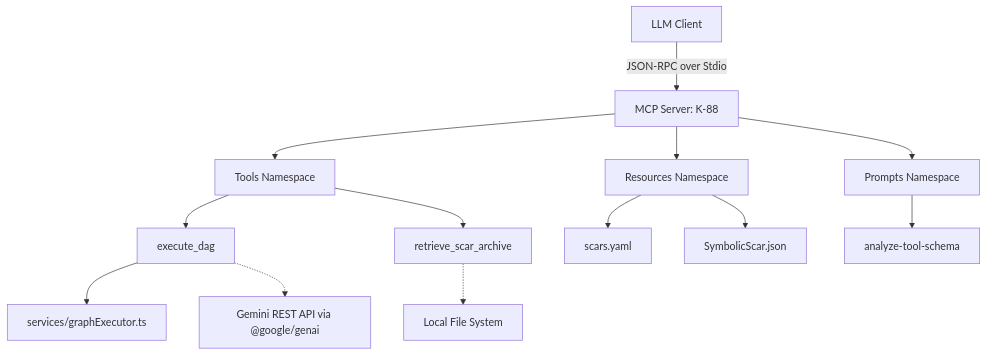
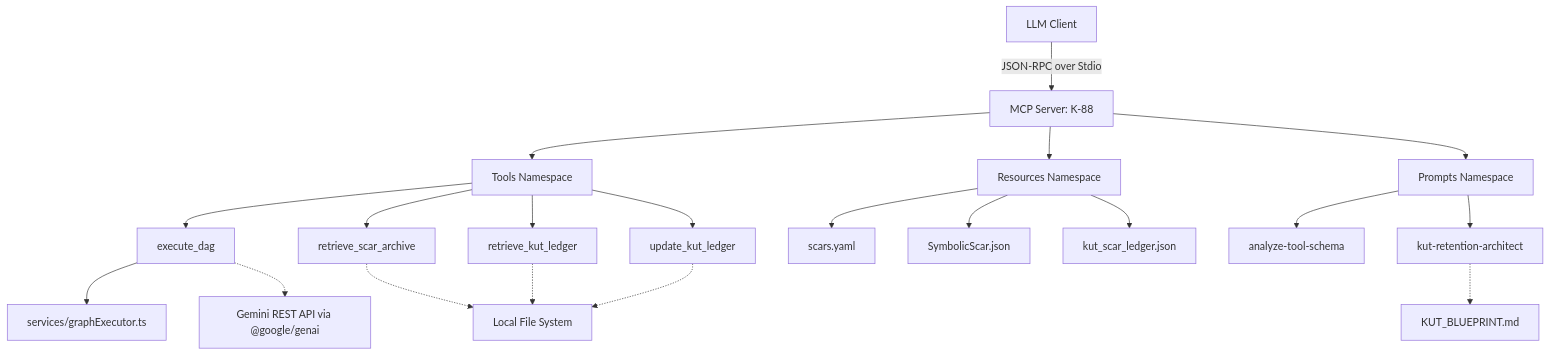
The diagram in architecture.md (projectedanx/AAL), drawn with Mermaid before and after one commit. The commit also changed other lines of this file and 9 other files, not shown here.

Commit message:
feat(kut): integrate the retention architect (KUT) agent blueprint and scar ledger

````diff
--- a/architecture.md
+++ b/architecture.md
@@ -26,19 +28,26 @@
 ```mermaid
 graph TD;
     Client[LLM Client] -->|JSON-RPC over Stdio| Server[MCP Server: K-88];
     Server --> Tools[Tools Namespace];
     Tools --> Tool1[execute_dag];
     Tools --> Tool2[retrieve_scar_archive];
+    Tools --> Tool3[retrieve_kut_ledger];
+    Tools --> Tool4[update_kut_ledger];
 
     Server --> Resources[Resources Namespace];
     Resources --> Res1[scars.yaml];
     Resources --> Res2[SymbolicScar.json];
+    Resources --> Res3[kut_scar_ledger.json];
 
     Server --> Prompts[Prompts Namespace];
     Prompts --> Prm1[analyze-tool-schema];
+    Prompts --> Prm2[kut-retention-architect];
 
     Tool1 --> Executor[services/graphExecutor.ts];
     Tool1 -.-> API[Gemini REST API via @google/genai];
 
     Tool2 -.-> FS[Local File System];
+    Tool3 -.-> FS;
+    Tool4 -.-> FS;
+    Prm2 -.-> FS_Blueprint[KUT_BLUEPRINT.md];
 ```
````
